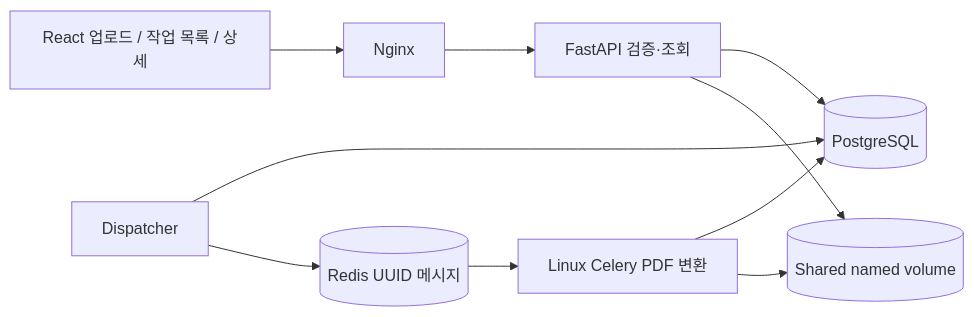
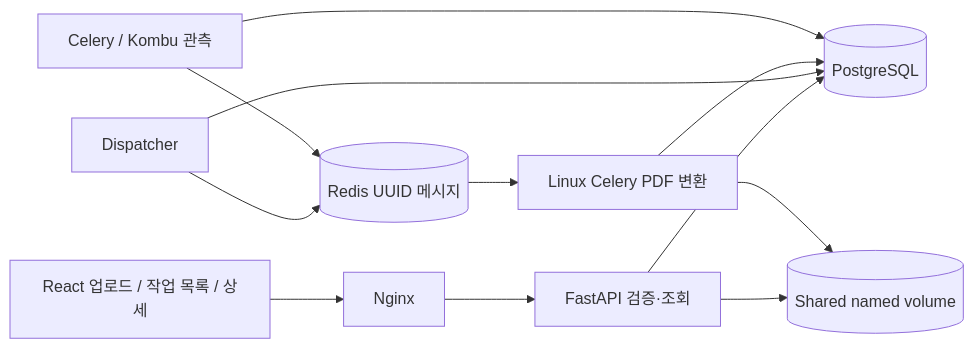
One commit to HeoSeongbin/ConvertFlow changed the first of 2 diagrams in docs/ARCHITECTURE.md. Above: the diagram before and after it, drawn with Mermaid. The commit also changed other lines of this file and 37 other files, not shown here.

````diff
--- a/docs/ARCHITECTURE.md
+++ b/docs/ARCHITECTURE.md
@@ -2,12 +2,14 @@
 ```mermaid
 flowchart LR
   Browser[React 업로드 / 작업 목록 / 상세] --> Nginx
   Nginx --> API[FastAPI 검증·조회]
   API --> PG[(PostgreSQL)]
   API --> Storage[(Shared named volume)]
   Dispatcher --> PG
   Dispatcher --> Redis[(Redis UUID 메시지)]
   Redis --> Worker[Linux Celery PDF 변환]
   Worker --> PG
   Worker --> Storage
+  Observer[Celery / Kombu 관측] --> Redis
+  Observer --> PG
 ```
````
